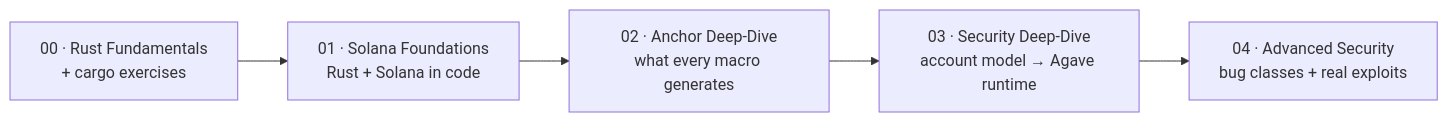
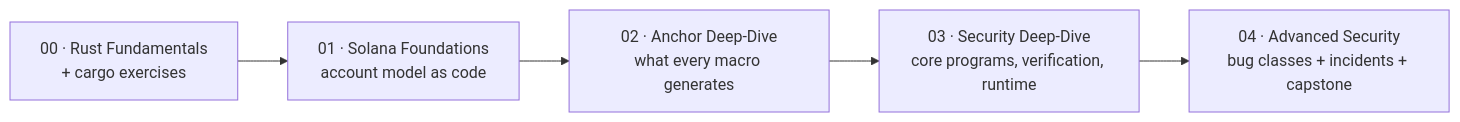
Before and after one commit to KhomDev/rugproof: the diagram in README.md, drawn with Mermaid. The commit also changed other lines of this file and 5 other files, not shown here.

First line of the commit message:
Deepen and connect the five guides; add verification and capstone exercises

````diff
--- a/README.md
+++ b/README.md
@@ -30,7 +30,7 @@
 ```mermaid
 flowchart LR
-    R["00 · Rust Fundamentals<br/>+ cargo exercises"] --> A["01 · Solana Foundations<br/>Rust + Solana in code"]
+    R["00 · Rust Fundamentals<br/>+ cargo exercises"] --> A["01 · Solana Foundations<br/>account model as code"]
     A --> B["02 · Anchor Deep-Dive<br/>what every macro generates"]
-    B --> C["03 · Security Deep-Dive<br/>account model → Agave runtime"]
-    C --> D["04 · Advanced Security<br/>bug classes + real exploits"]
+    B --> C["03 · Security Deep-Dive<br/>core programs, verification, runtime"]
+    C --> D["04 · Advanced Security<br/>bug classes + incidents + capstone"]
 ```
````
